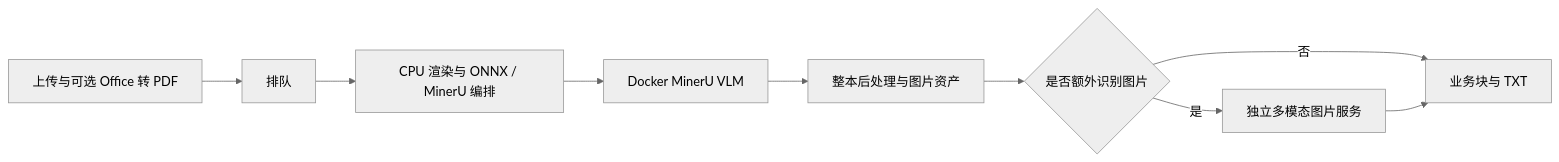
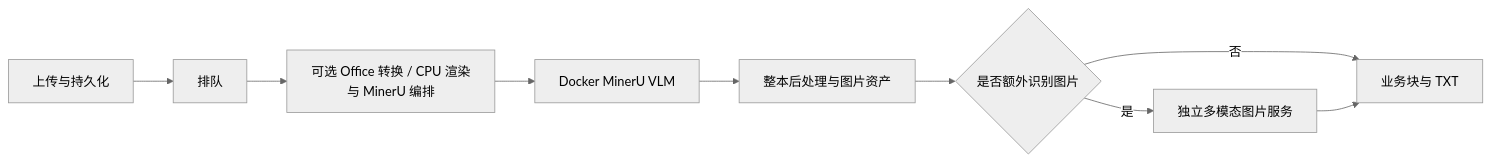
Before and after one commit to tiangong-ai/unstructure-serve: the diagram in docs/performance-tuning.md, drawn with Mermaid (neutral theme). The commit also changed other lines of this file and 37 other files, not shown here.

````diff
--- a/docs/performance-tuning.md
+++ b/docs/performance-tuning.md
@@ -21,11 +21,11 @@
 ```mermaid
 flowchart LR
-    A[上传与可选 Office 转 PDF] --> B[排队]
-    B --> C[CPU 渲染与 ONNX / MinerU 编排]
+    A[上传与持久化] --> B[排队]
+    B --> C[可选 Office 转换 / CPU 渲染与 MinerU 编排]
     C --> D[Docker MinerU VLM]
     D --> E[整本后处理与图片资产]
     E --> F{是否额外识别图片}
     F -->|否| H[业务块与 TXT]
     F -->|是| G[独立多模态图片服务]
     G --> H
 ```
````
